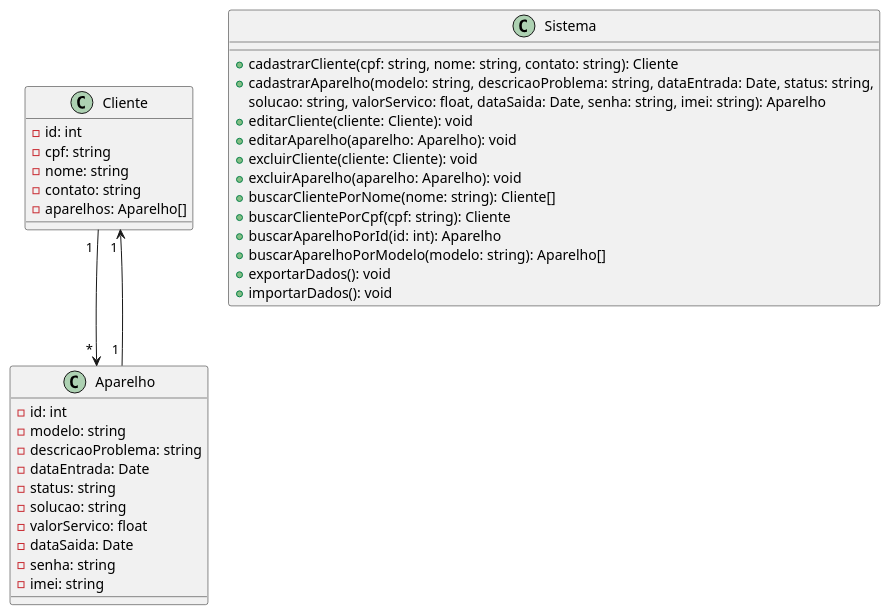
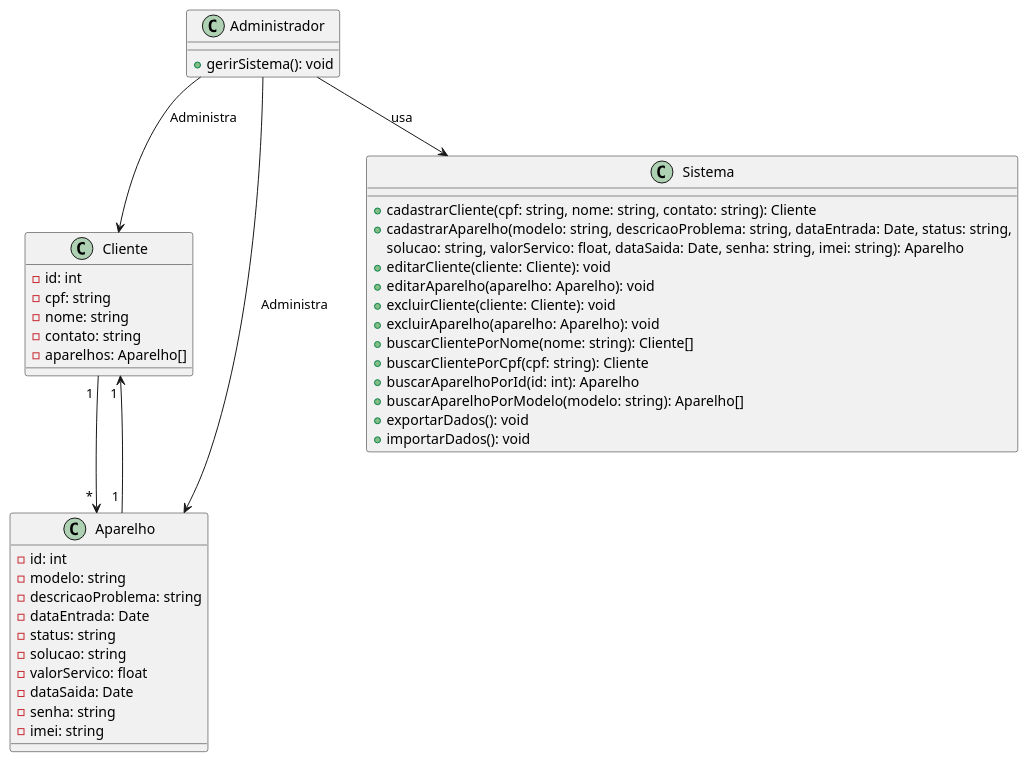
Before and after one commit to Guilhermedsc/ProjetoES-MZ-Smart: the diagram in Documentation/Diagrams/diagramClass.plantuml, drawn with PlantUML. The commit also changed 6 other files, not shown here.

```diff
--- a/Documentation/Diagrams/diagramClass.plantuml
+++ b/Documentation/Diagrams/diagramClass.plantuml
@@ -1,43 +1,51 @@
 @startuml classDiagram
 
 class Cliente {
     - id: int
     - cpf: string
     - nome: string
     - contato: string
     - aparelhos: Aparelho[]
 }
 
 class Aparelho {
     - id: int
     - modelo: string
     - descricaoProblema: string
     - dataEntrada: Date
     - status: string
     - solucao: string
     - valorServico: float
     - dataSaida: Date
     - senha: string
     - imei: string
 }
 
 Cliente " 1 " --> " * " Aparelho
 Aparelho " 1 " --> " 1 " Cliente
 
 class Sistema {
     + cadastrarCliente(cpf: string, nome: string, contato: string): Cliente
     + cadastrarAparelho(modelo: string, descricaoProblema: string, dataEntrada: Date, status: string,
      solucao: string, valorServico: float, dataSaida: Date, senha: string, imei: string): Aparelho
     + editarCliente(cliente: Cliente): void
     + editarAparelho(aparelho: Aparelho): void
     + excluirCliente(cliente: Cliente): void
     + excluirAparelho(aparelho: Aparelho): void
     + buscarClientePorNome(nome: string): Cliente[]
     + buscarClientePorCpf(cpf: string): Cliente
     + buscarAparelhoPorId(id: int): Aparelho
     + buscarAparelhoPorModelo(modelo: string): Aparelho[]
     + exportarDados(): void
     + importarDados(): void
 }
 
+class Administrador {
+    + gerirSistema(): void
+}
+
+Administrador --> Sistema : "usa"
+Administrador --> Cliente : "Administra"
+Administrador --> Aparelho : "Administra"
+
 @enduml
```
